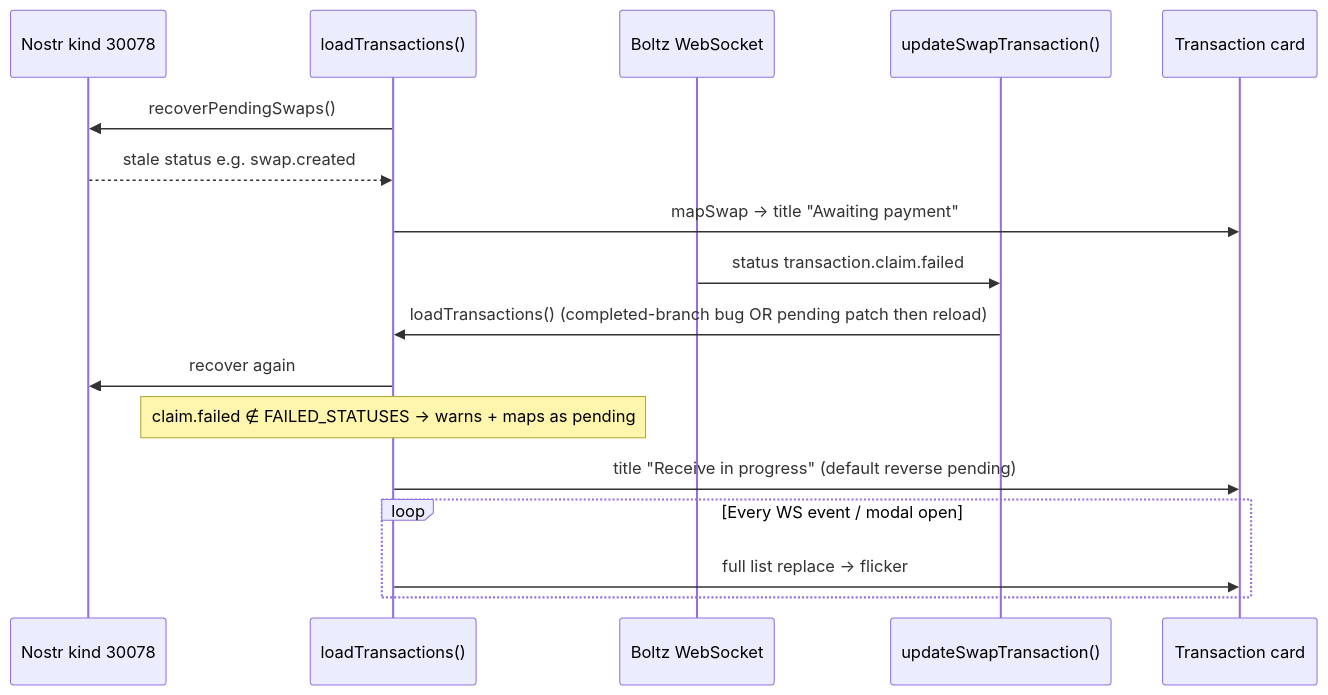
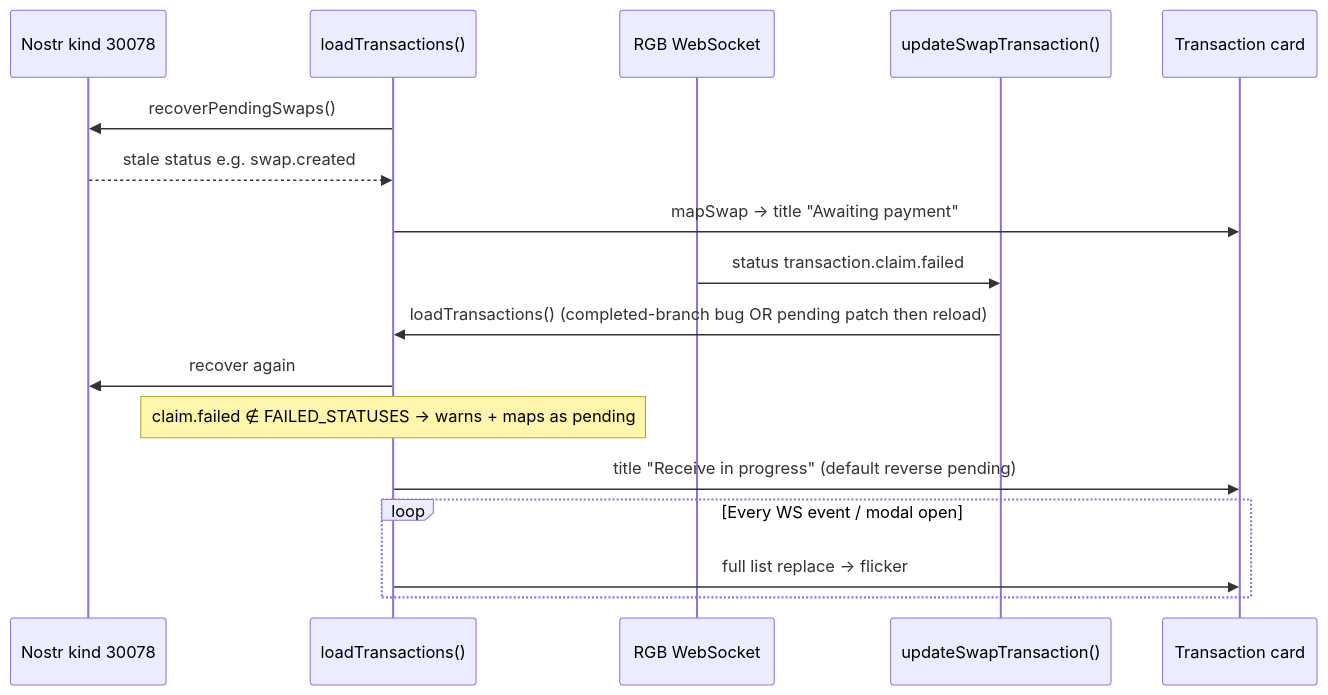
Before and after one commit to jonbyrn/BitTasker-mirror: the first of 3 diagrams in docs/wallet/transaction-history-architecture-plan.md, drawn with Mermaid. The commit also changed other lines of this file and 269 other files, not shown here.

````diff
--- a/docs/wallet/transaction-history-architecture-plan.md
+++ b/docs/wallet/transaction-history-architecture-plan.md
@@ -85,20 +85,20 @@
 ```mermaid
 sequenceDiagram
     participant Nostr as Nostr kind 30078
     participant LT as loadTransactions()
-    participant WS as Boltz WebSocket
+    participant WS as RGB WebSocket
     participant UST as updateSwapTransaction()
     participant UI as Transaction card
 
     LT->>Nostr: recoverPendingSwaps()
     Nostr-->>LT: stale status e.g. swap.created
     LT->>UI: mapSwap → title "Awaiting payment"
     WS->>UST: status transaction.claim.failed
     UST->>LT: loadTransactions() (completed-branch bug OR pending patch then reload)
     LT->>Nostr: recover again
     Note over LT: claim.failed ∉ FAILED_STATUSES → warns + maps as pending
     LT->>UI: title "Receive in progress" (default reverse pending)
     loop Every WS event / modal open
         LT->>UI: full list replace → flicker
     end
 ```
````
